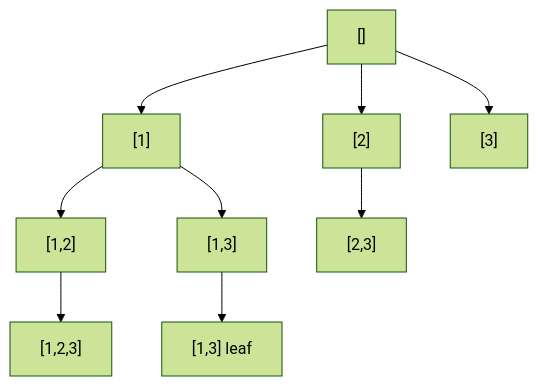
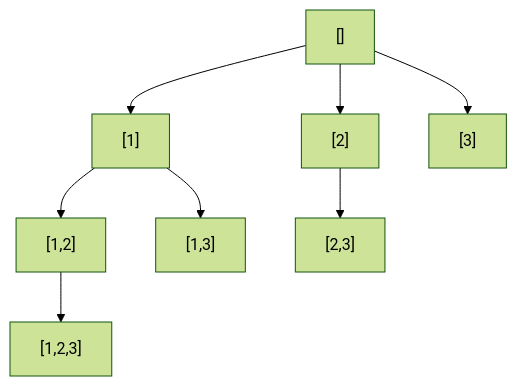
Before and after one commit to PaulSayantan/grokking-interview: the second of 2 diagrams in topics/dsa-coding/recursion-backtracking/concepts.md, drawn with Mermaid (forest theme). The commit also changed other lines of this file and 122 other files, not shown here.

````diff
--- a/topics/dsa-coding/recursion-backtracking/concepts.md
+++ b/topics/dsa-coding/recursion-backtracking/concepts.md
@@ -174,11 +198,10 @@
 ```mermaid
 flowchart TD
     root["[]"] --> a["[1]"]
     root --> b["[2]"]
     root --> c["[3]"]
     a --> ab["[1,2]"]
     a --> ac["[1,3]"]
     ab --> abc["[1,2,3]"]
-    ac --> acx["[1,3] leaf"]
     b --> bc["[2,3]"]
 ```
````
